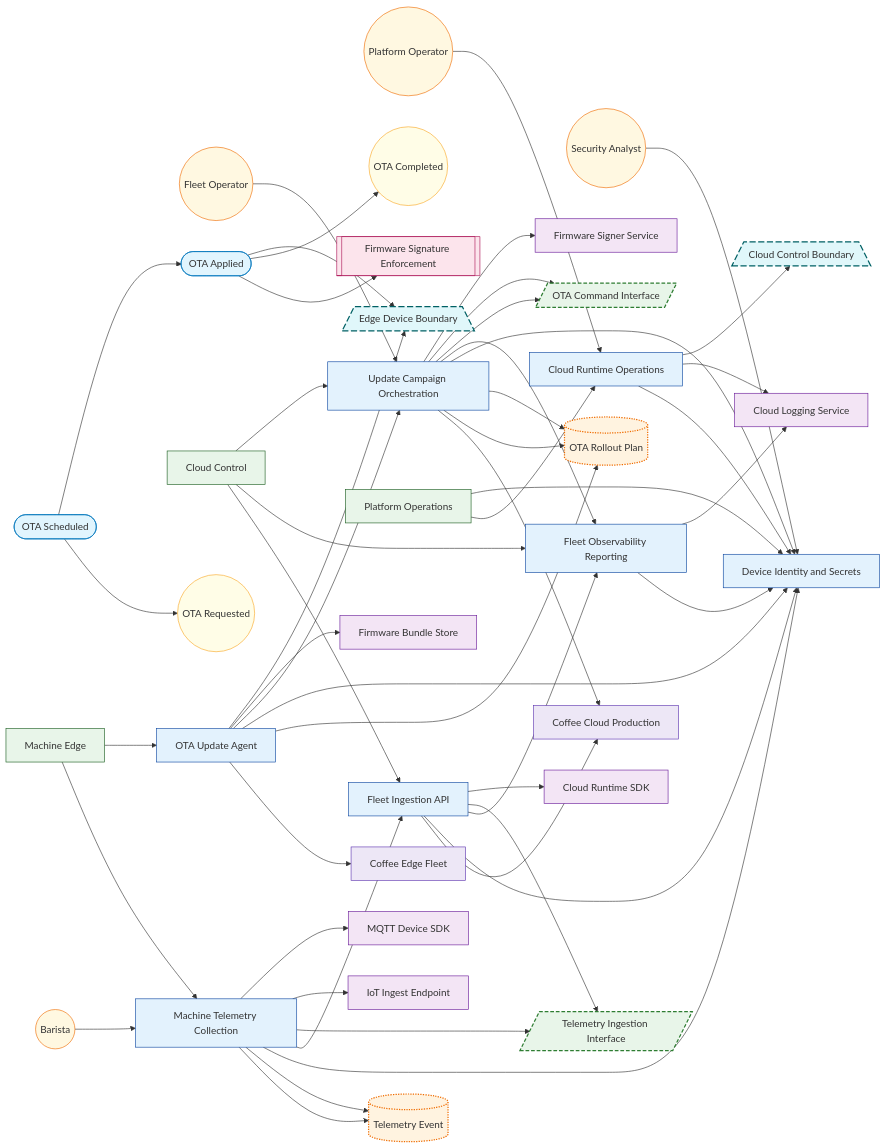
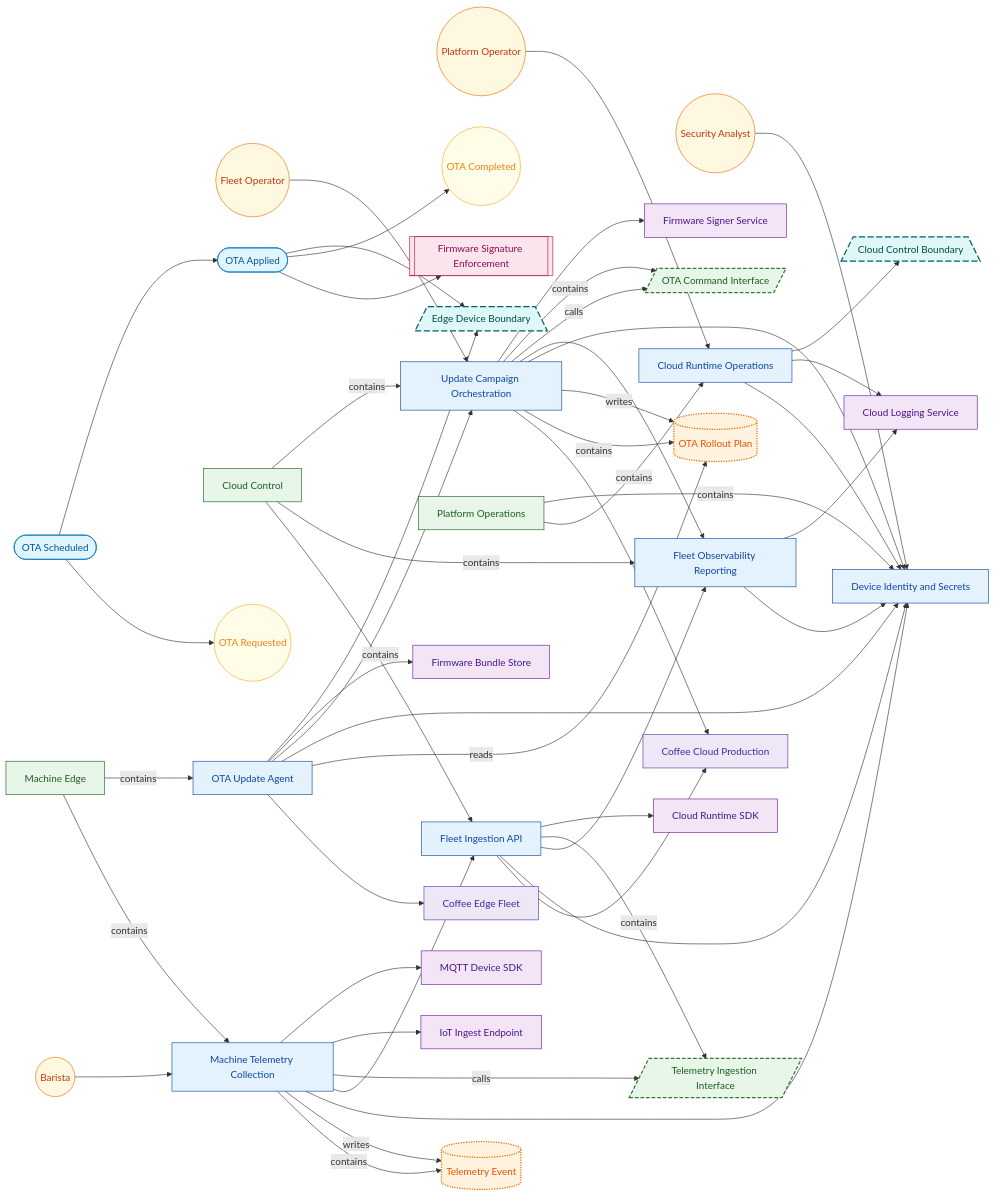
The diagram in examples/coffee-fleet-ota-cloud-sample/generated/VIEW-ARCHITECTURE-INTENT.mmd (labeth/engineering-model-go), drawn with Mermaid before and after one commit. The commit also changed 66 other files, not shown here.

Commit message:
Add first-class architecture decision records

```diff
--- a/examples/coffee-fleet-ota-cloud-sample/generated/VIEW-ARCHITECTURE-INTENT.mmd
+++ b/examples/coffee-fleet-ota-cloud-sample/generated/VIEW-ARCHITECTURE-INTENT.mmd
@@ -1,97 +1,103 @@
 flowchart LR
 %% view: VIEW-ARCHITECTURE-INTENT (architecture-intent)
 N_ACT_BARISTA(("Barista")):::actor
 N_ACT_FLEET_OPERATOR(("Fleet Operator")):::actor
 N_ACT_PLATFORM_OPERATOR(("Platform Operator")):::actor
 N_ACT_SECURITY_ANALYST(("Security Analyst")):::actor
 N_CTRL_COFFEE_FIRMWARE_SIGNATURE[["Firmware Signature Enforcement"]]:::control
 N_DO_COFFEE_OTA_PLAN[("OTA Rollout Plan")]:::data_object
 N_DO_COFFEE_TELEMETRY_EVENT[("Telemetry Event")]:::data_object
 N_DEP_COFFEE_CLOUD_PROD["Coffee Cloud Production"]:::deployment_target
 N_DEP_COFFEE_EDGE_FLEET["Coffee Edge Fleet"]:::deployment_target
 N_EVT_COFFEE_OTA_COMPLETED(("OTA Completed")):::event
 N_EVT_COFFEE_OTA_REQUESTED(("OTA Requested")):::event
 N_FG_CLOUD_CONTROL["Cloud Control"]:::functional_group
 N_FG_MACHINE_EDGE["Machine Edge"]:::functional_group
 N_FG_PLATFORM_OPERATIONS["Platform Operations"]:::functional_group
 N_FU_CLOUD_RUNTIME_OPERATIONS["Cloud Runtime Operations"]:::functional_unit
 N_FU_DEVICE_IDENTITY_SECRETS["Device Identity and Secrets"]:::functional_unit
 N_FU_FLEET_INGESTION_API["Fleet Ingestion API"]:::functional_unit
 N_FU_FLEET_OBSERVABILITY_REPORTING["Fleet Observability Reporting"]:::functional_unit
 N_FU_MACHINE_TELEMETRY_COLLECTION["Machine Telemetry Collection"]:::functional_unit
 N_FU_OTA_UPDATE_AGENT["OTA Update Agent"]:::functional_unit
 N_FU_UPDATE_CAMPAIGN_ORCHESTRATION["Update Campaign Orchestration"]:::functional_unit
 N_IF_COFFEE_OTA_COMMAND[/"OTA Command Interface"/]:::interface
 N_IF_COFFEE_TELEMETRY_INGEST[/"Telemetry Ingestion Interface"/]:::interface
 N_REF_CLOUD_LOGGING_SERVICE["Cloud Logging Service"]:::referenced_element
 N_REF_CLOUD_RUNTIME_SDK["Cloud Runtime SDK"]:::referenced_element
 N_REF_FIRMWARE_BUNDLE_STORE["Firmware Bundle Store"]:::referenced_element
 N_REF_FIRMWARE_SIGNER_SERVICE["Firmware Signer Service"]:::referenced_element
 N_REF_IOT_INGEST_ENDPOINT["IoT Ingest Endpoint"]:::referenced_element
 N_REF_MQTT_DEVICE_SDK["MQTT Device SDK"]:::referenced_element
 N_STATE_COFFEE_OTA_APPLIED(["OTA Applied"]):::state
 N_STATE_COFFEE_OTA_SCHEDULED(["OTA Scheduled"]):::state
 N_TB_COFFEE_CLOUD_CONTROL[/"Cloud Control Boundary"\]:::trust_boundary
 N_TB_COFFEE_EDGE_DEVICE[/"Edge Device Boundary"\]:::trust_boundary
 N_ACT_BARISTA --> N_FU_MACHINE_TELEMETRY_COLLECTION
 N_ACT_FLEET_OPERATOR --> N_FU_UPDATE_CAMPAIGN_ORCHESTRATION
 N_ACT_PLATFORM_OPERATOR --> N_FU_CLOUD_RUNTIME_OPERATIONS
 N_ACT_SECURITY_ANALYST --> N_FU_DEVICE_IDENTITY_SECRETS
-N_FG_CLOUD_CONTROL --> N_FU_FLEET_INGESTION_API
-N_FG_CLOUD_CONTROL --> N_FU_FLEET_OBSERVABILITY_REPORTING
-N_FG_CLOUD_CONTROL --> N_FU_UPDATE_CAMPAIGN_ORCHESTRATION
-N_FG_MACHINE_EDGE --> N_FU_MACHINE_TELEMETRY_COLLECTION
-N_FG_MACHINE_EDGE --> N_FU_OTA_UPDATE_AGENT
-N_FG_PLATFORM_OPERATIONS --> N_FU_CLOUD_RUNTIME_OPERATIONS
-N_FG_PLATFORM_OPERATIONS --> N_FU_DEVICE_IDENTITY_SECRETS
+N_FG_CLOUD_CONTROL -->|contains| N_FU_FLEET_INGESTION_API
+N_FG_CLOUD_CONTROL -->|contains| N_FU_FLEET_OBSERVABILITY_REPORTING
+N_FG_CLOUD_CONTROL -->|contains| N_FU_UPDATE_CAMPAIGN_ORCHESTRATION
+N_FG_MACHINE_EDGE -->|contains| N_FU_MACHINE_TELEMETRY_COLLECTION
+N_FG_MACHINE_EDGE -->|contains| N_FU_OTA_UPDATE_AGENT
+N_FG_PLATFORM_OPERATIONS -->|contains| N_FU_CLOUD_RUNTIME_OPERATIONS
+N_FG_PLATFORM_OPERATIONS -->|contains| N_FU_DEVICE_IDENTITY_SECRETS
 N_FU_CLOUD_RUNTIME_OPERATIONS --> N_FU_DEVICE_IDENTITY_SECRETS
 N_FU_CLOUD_RUNTIME_OPERATIONS --> N_REF_CLOUD_LOGGING_SERVICE
 N_FU_CLOUD_RUNTIME_OPERATIONS --> N_TB_COFFEE_CLOUD_CONTROL
 N_FU_FLEET_INGESTION_API --> N_DEP_COFFEE_CLOUD_PROD
 N_FU_FLEET_INGESTION_API --> N_FU_DEVICE_IDENTITY_SECRETS
 N_FU_FLEET_INGESTION_API --> N_FU_FLEET_OBSERVABILITY_REPORTING
-N_FU_FLEET_INGESTION_API --> N_IF_COFFEE_TELEMETRY_INGEST
+N_FU_FLEET_INGESTION_API -->|contains| N_IF_COFFEE_TELEMETRY_INGEST
 N_FU_FLEET_INGESTION_API --> N_REF_CLOUD_RUNTIME_SDK
 N_FU_FLEET_OBSERVABILITY_REPORTING --> N_FU_DEVICE_IDENTITY_SECRETS
 N_FU_FLEET_OBSERVABILITY_REPORTING --> N_REF_CLOUD_LOGGING_SERVICE
-N_FU_MACHINE_TELEMETRY_COLLECTION --> N_DO_COFFEE_TELEMETRY_EVENT
-N_FU_MACHINE_TELEMETRY_COLLECTION --> N_DO_COFFEE_TELEMETRY_EVENT
+N_FU_MACHINE_TELEMETRY_COLLECTION -->|contains| N_DO_COFFEE_TELEMETRY_EVENT
+N_FU_MACHINE_TELEMETRY_COLLECTION -->|writes| N_DO_COFFEE_TELEMETRY_EVENT
 N_FU_MACHINE_TELEMETRY_COLLECTION --> N_FU_DEVICE_IDENTITY_SECRETS
 N_FU_MACHINE_TELEMETRY_COLLECTION --> N_FU_FLEET_INGESTION_API
-N_FU_MACHINE_TELEMETRY_COLLECTION --> N_IF_COFFEE_TELEMETRY_INGEST
+N_FU_MACHINE_TELEMETRY_COLLECTION -->|calls| N_IF_COFFEE_TELEMETRY_INGEST
 N_FU_MACHINE_TELEMETRY_COLLECTION --> N_REF_IOT_INGEST_ENDPOINT
 N_FU_MACHINE_TELEMETRY_COLLECTION --> N_REF_MQTT_DEVICE_SDK
 N_FU_OTA_UPDATE_AGENT --> N_DEP_COFFEE_EDGE_FLEET
-N_FU_OTA_UPDATE_AGENT --> N_DO_COFFEE_OTA_PLAN
+N_FU_OTA_UPDATE_AGENT -->|reads| N_DO_COFFEE_OTA_PLAN
 N_FU_OTA_UPDATE_AGENT --> N_FU_DEVICE_IDENTITY_SECRETS
 N_FU_OTA_UPDATE_AGENT --> N_FU_UPDATE_CAMPAIGN_ORCHESTRATION
 N_FU_OTA_UPDATE_AGENT --> N_REF_FIRMWARE_BUNDLE_STORE
 N_FU_OTA_UPDATE_AGENT --> N_TB_COFFEE_EDGE_DEVICE
 N_FU_UPDATE_CAMPAIGN_ORCHESTRATION --> N_DEP_COFFEE_CLOUD_PROD
-N_FU_UPDATE_CAMPAIGN_ORCHESTRATION --> N_DO_COFFEE_OTA_PLAN
-N_FU_UPDATE_CAMPAIGN_ORCHESTRATION --> N_DO_COFFEE_OTA_PLAN
+N_FU_UPDATE_CAMPAIGN_ORCHESTRATION -->|contains| N_DO_COFFEE_OTA_PLAN
+N_FU_UPDATE_CAMPAIGN_ORCHESTRATION -->|writes| N_DO_COFFEE_OTA_PLAN
 N_FU_UPDATE_CAMPAIGN_ORCHESTRATION --> N_FU_DEVICE_IDENTITY_SECRETS
 N_FU_UPDATE_CAMPAIGN_ORCHESTRATION --> N_FU_FLEET_OBSERVABILITY_REPORTING
-N_FU_UPDATE_CAMPAIGN_ORCHESTRATION --> N_IF_COFFEE_OTA_COMMAND
-N_FU_UPDATE_CAMPAIGN_ORCHESTRATION --> N_IF_COFFEE_OTA_COMMAND
+N_FU_UPDATE_CAMPAIGN_ORCHESTRATION -->|calls| N_IF_COFFEE_OTA_COMMAND
+N_FU_UPDATE_CAMPAIGN_ORCHESTRATION -->|contains| N_IF_COFFEE_OTA_COMMAND
 N_FU_UPDATE_CAMPAIGN_ORCHESTRATION --> N_REF_FIRMWARE_SIGNER_SERVICE
 N_STATE_COFFEE_OTA_APPLIED --> N_CTRL_COFFEE_FIRMWARE_SIGNATURE
 N_STATE_COFFEE_OTA_APPLIED --> N_EVT_COFFEE_OTA_COMPLETED
 N_STATE_COFFEE_OTA_APPLIED --> N_TB_COFFEE_EDGE_DEVICE
 N_STATE_COFFEE_OTA_SCHEDULED --> N_EVT_COFFEE_OTA_REQUESTED
 N_STATE_COFFEE_OTA_SCHEDULED --> N_STATE_COFFEE_OTA_APPLIED
-classDef functional_group fill:#e8f5e9,stroke:#1b5e20,stroke-width:1px;
-classDef functional_unit fill:#e3f2fd,stroke:#0d47a1,stroke-width:1px;
-classDef actor fill:#fff8e1,stroke:#ef6c00,stroke-width:1px;
-classDef attack_vector fill:#ffebee,stroke:#b71c1c,stroke-width:1px;
-classDef referenced_element fill:#f3e5f5,stroke:#6a1b9a,stroke-width:1px;
-classDef interface fill:#e8f5e9,stroke:#2e7d32,stroke-width:2px,stroke-dasharray: 6 3;
-classDef data_object fill:#fff3e0,stroke:#ef6c00,stroke-width:2px,stroke-dasharray: 2 2;
-classDef deployment_target fill:#ede7f6,stroke:#5e35b1,stroke-width:1px;
-classDef control fill:#fce4ec,stroke:#ad1457,stroke-width:1px;
-classDef trust_boundary fill:#e0f7fa,stroke:#006064,stroke-width:2px,stroke-dasharray: 10 4;
-classDef state fill:#e1f5fe,stroke:#0277bd,stroke-width:1px;
-classDef event fill:#fffde7,stroke:#f9a825,stroke-width:1px;
-classDef flow fill:#ede7f6,stroke:#4527a0,stroke-width:2px;
-classDef flow_step fill:#f1f8e9,stroke:#33691e,stroke-width:2px;
-classDef unknown fill:#ffffff,stroke:#adb5bd,stroke-width:1px;
+classDef system_boundary fill:#f5f5f5,stroke:#424242,stroke-width:2px,color:#212121;
+classDef functional_group fill:#e8f5e9,stroke:#1b5e20,stroke-width:1px,color:#1b5e20;
+classDef functional_unit fill:#e3f2fd,stroke:#0d47a1,stroke-width:1px,color:#0d47a1;
+classDef actor fill:#fff8e1,stroke:#ef6c00,stroke-width:1px,color:#bf360c;
+classDef attack_vector fill:#ffebee,stroke:#b71c1c,stroke-width:1px,color:#7f0000;
+classDef referenced_element fill:#f3e5f5,stroke:#6a1b9a,stroke-width:1px,color:#4a148c;
+classDef interface fill:#e8f5e9,stroke:#2e7d32,stroke-width:2px,stroke-dasharray: 6 3,color:#1b5e20;
+classDef data_object fill:#fff3e0,stroke:#ef6c00,stroke-width:2px,stroke-dasharray: 2 2,color:#e65100;
+classDef deployment_target fill:#ede7f6,stroke:#5e35b1,stroke-width:1px,color:#4527a0;
+classDef control fill:#fce4ec,stroke:#ad1457,stroke-width:1px,color:#880e4f;
+classDef trust_boundary fill:#e0f7fa,stroke:#006064,stroke-width:2px,stroke-dasharray: 10 4,color:#004d40;
+classDef state fill:#e1f5fe,stroke:#0277bd,stroke-width:1px,color:#01579b;
+classDef event fill:#fffde7,stroke:#f9a825,stroke-width:1px,color:#f57f17;
+classDef flow fill:#ede7f6,stroke:#4527a0,stroke-width:2px,color:#311b92;
+classDef flow_step fill:#f1f8e9,stroke:#33691e,stroke-width:2px,color:#1b5e20;
+classDef requirement fill:#fffde7,stroke:#f9a825,stroke-width:1px,color:#7f6000;
+classDef verification fill:#fce4ec,stroke:#ad1457,stroke-width:1px,color:#880e4f;
+classDef runtime_element fill:#b2ebf2,stroke:#00838f,stroke-width:1px,color:#006064;
+classDef deployment_element fill:#d7ccc8,stroke:#4e342e,stroke-width:1px,color:#2f1b14;
+classDef code_element fill:#eceff1,stroke:#37474f,stroke-width:1px,color:#263238;
+classDef unknown fill:#ffffff,stroke:#adb5bd,stroke-width:1px,color:#4f5b62;
```
